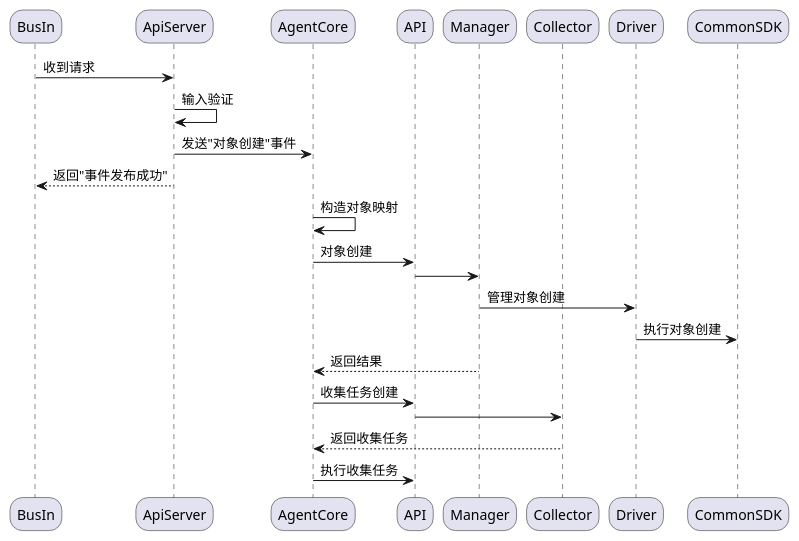
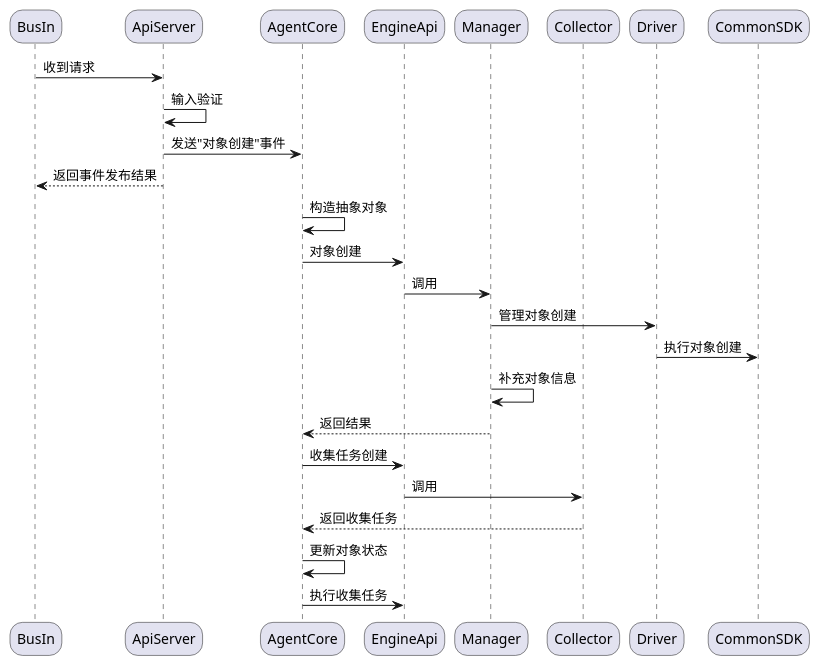
The third of 7 diagrams in WorkNote/Agent设计v2/执行代理V0.2-重构-草稿-2.md (Faione/note), drawn with PlantUML before and after one commit. The commit also changed other lines of this file and 2 other files, not shown here.

````diff
--- a/WorkNote/Agent设计v2/执行代理V0.2-重构-草稿-2.md
+++ b/WorkNote/Agent设计v2/执行代理V0.2-重构-草稿-2.md
@@ -135,31 +136,33 @@
 ```plantuml
 @startuml
 skinparam roundCorner 25
 skinparam responseMessageBelowArrow true
 
 participant BusIn as f1
 participant ApiServer as f2
 participant AgentCore as f3
-participant API as f4
+participant EngineApi as f4
 participant Manager as f5
 participant Collector as f6
 participant Driver as f7
 participant CommonSDK as f8
 
 
 f1    ->     f2  :收到请求
 f2    ->     f2  :输入验证
 f2    ->     f3  :发送"对象创建"事件
-f2    -->    f1  :返回"事件发布成功"
-f3    ->     f3  :构造对象映射
+f2    -->    f1  :返回事件发布结果
+f3    ->     f3  :构造抽象对象
 f3    ->     f4  :对象创建
-f4    ->     f5  :
+f4    ->     f5  :调用
 f5    ->     f7  :管理对象创建
 f7    ->     f8  :执行对象创建
+f5    ->     f5  :补充对象信息
 f5   -->     f3  :返回结果
 f3    ->     f4  :收集任务创建
-f4    ->     f6  :
+f4    ->     f6  :调用
 f6   -->     f3  :返回收集任务
+f3    ->     f3  :更新对象状态
 f3    ->     f4  :执行收集任务
 @enduml
 ```
````
